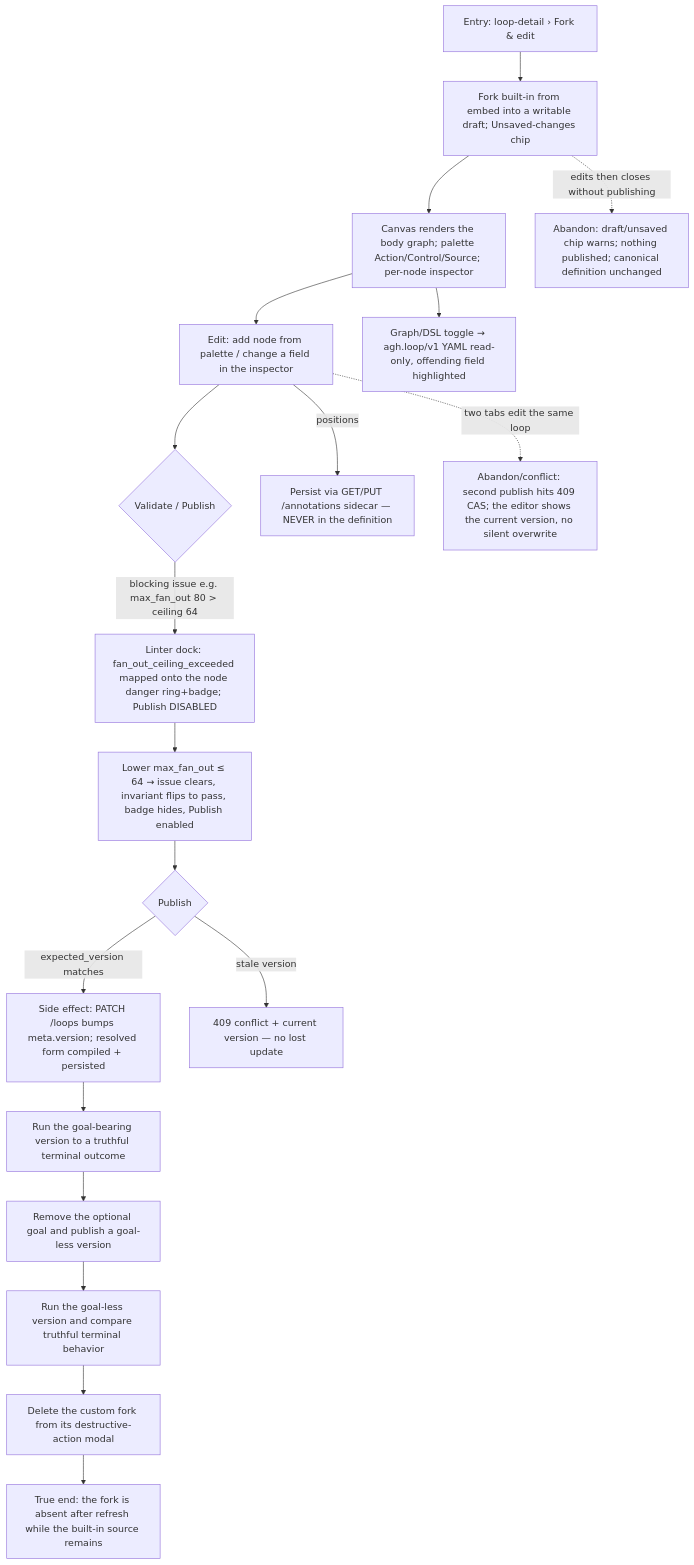
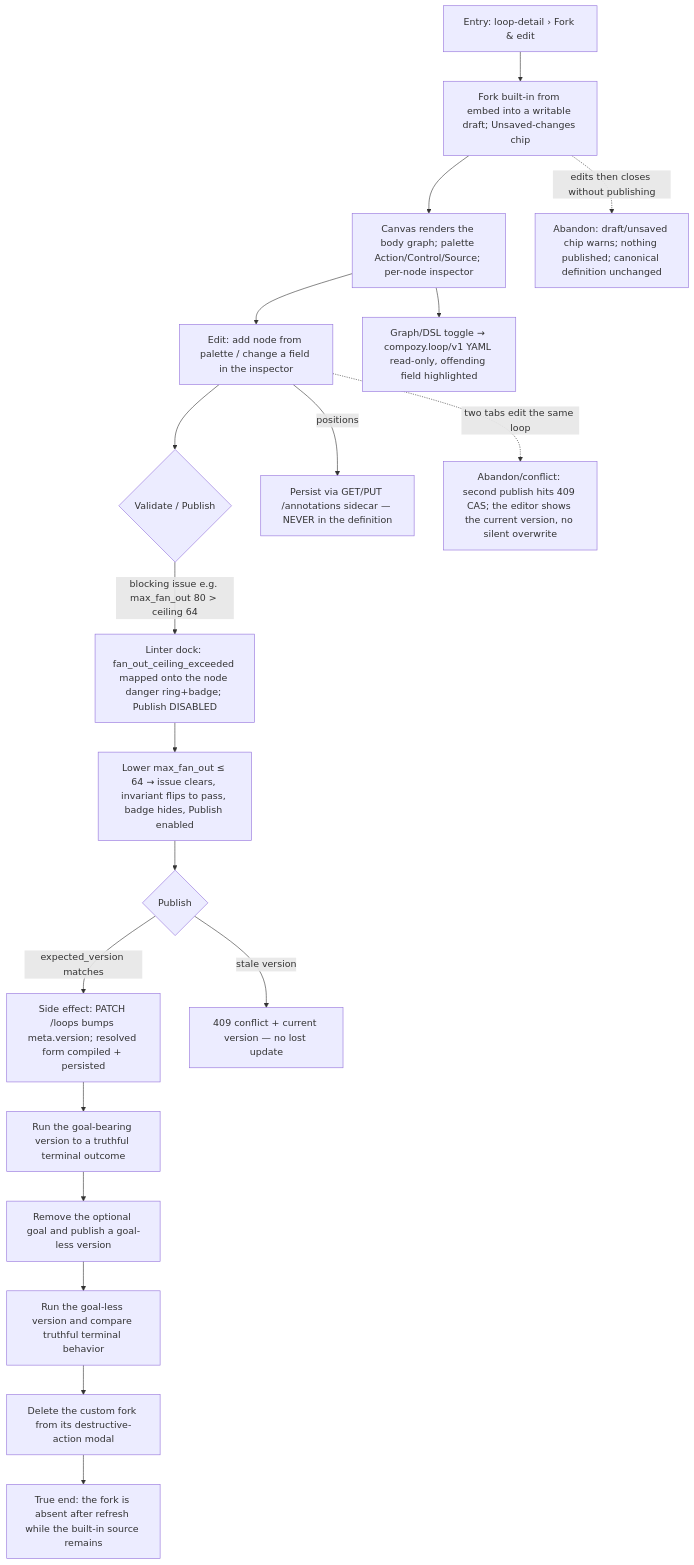
One commit to compozy/compozy changed the diagram in docs/qa/journeys/J-06-fork-and-edit.md. Above: the diagram before and after it, drawn with Mermaid. The commit also changed other lines of this file and 235 other files, not shown here.

````diff
--- a/docs/qa/journeys/J-06-fork-and-edit.md
+++ b/docs/qa/journeys/J-06-fork-and-edit.md
@@ -5,21 +5,21 @@
 ```mermaid
 flowchart TD
     A[Entry: loop-detail › Fork & edit] --> B[Fork built-in from embed into a writable draft; Unsaved-changes chip]
     B --> C[Canvas renders the body graph; palette Action/Control/Source; per-node inspector]
     C --> D[Edit: add node from palette / change a field in the inspector]
     D --> E{Validate / Publish}
     E -->|blocking issue e.g. max_fan_out 80 > ceiling 64| F[Linter dock: fan_out_ceiling_exceeded mapped onto the node danger ring+badge; Publish DISABLED]
     F --> G[Lower max_fan_out ≤ 64 → issue clears, invariant flips to pass, badge hides, Publish enabled]
     G --> H{Publish}
     H -->|expected_version matches| I[Side effect: PATCH /loops bumps meta.version; resolved form compiled + persisted]
     H -->|stale version| J[409 conflict + current version — no lost update]
     I --> K[Run the goal-bearing version to a truthful terminal outcome]
     K --> NG[Remove the optional goal and publish a goal-less version]
     NG --> KR[Run the goal-less version and compare truthful terminal behavior]
     KR --> DL[Delete the custom fork from its destructive-action modal]
     DL --> TE[True end: the fork is absent after refresh while the built-in source remains]
-    C --> L[Graph/DSL toggle → agh.loop/v1 YAML read-only, offending field highlighted]
+    C --> L[Graph/DSL toggle → compozy.loop/v1 YAML read-only, offending field highlighted]
     D -->|positions| M[Persist via GET/PUT /annotations sidecar — NEVER in the definition]
     B -.->|edits then closes without publishing| X1[Abandon: draft/unsaved chip warns; nothing published; canonical definition unchanged]
     D -.->|two tabs edit the same loop| X2[Abandon/conflict: second publish hits 409 CAS; the editor shows the current version, no silent overwrite]
 ```
````
